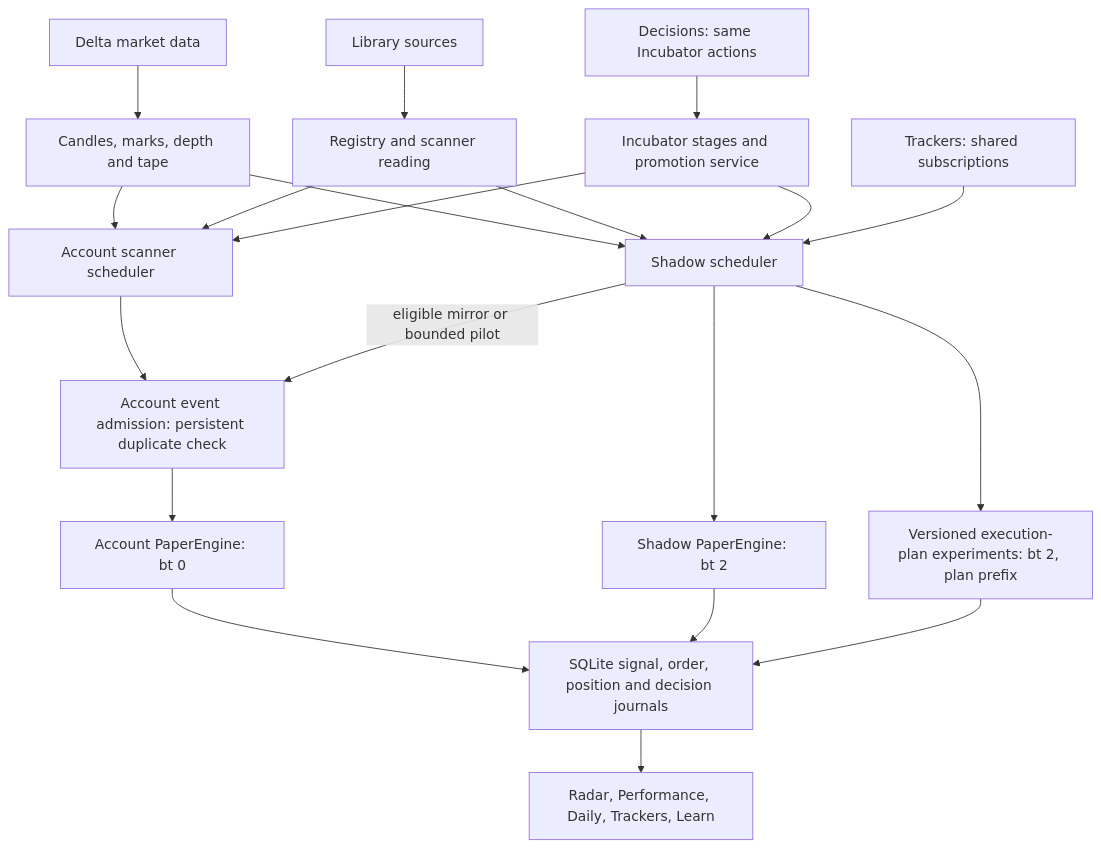
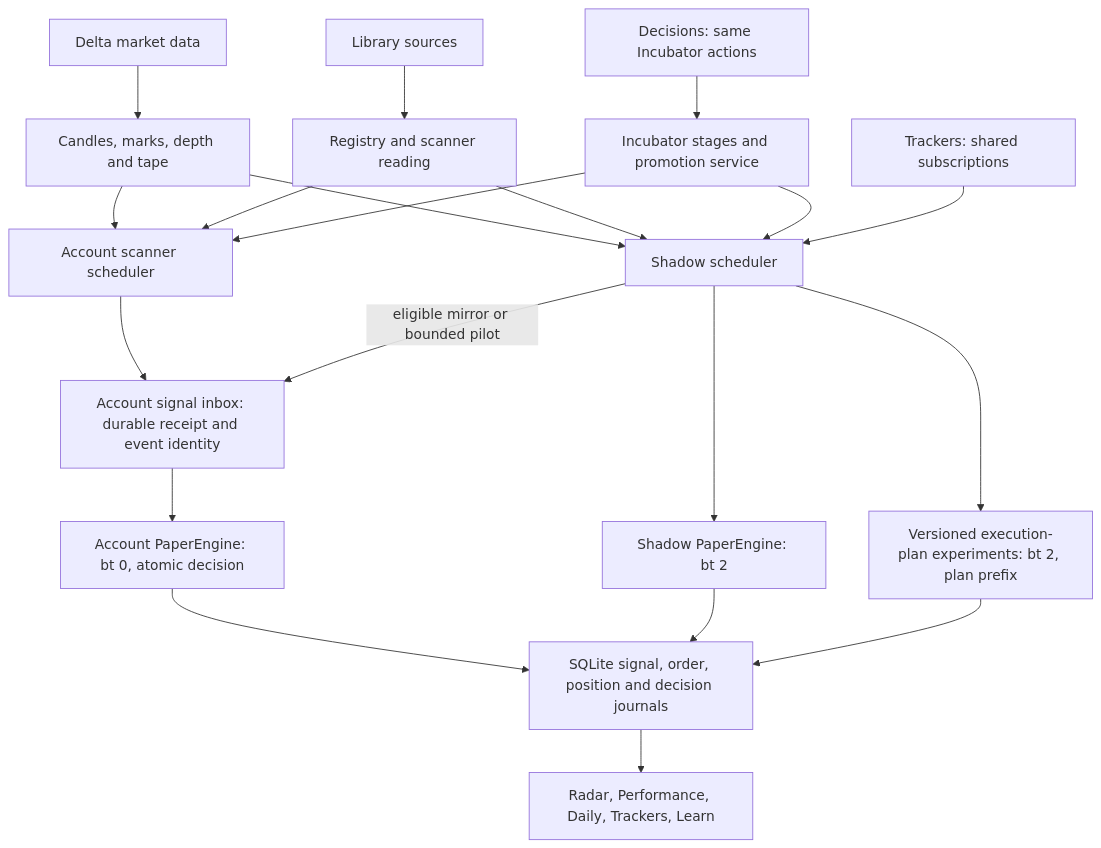
The diagram in docs/ARCHITECTURE.md (vikkl1990/vela_vnedge), drawn with Mermaid before and after one commit. The commit also changed other lines of this file and 13 other files, not shown here.

Commit message:
Persist account signal decisions and recover interrupted paper execution

````diff
--- a/docs/ARCHITECTURE.md
+++ b/docs/ARCHITECTURE.md
@@ -19,22 +19,22 @@
 ```mermaid
 flowchart TD
   L[Library sources] --> S[Registry and scanner reading]
   M[Delta market data] --> C[Candles, marks, depth and tape]
   C --> A[Account scanner scheduler]
   C --> H[Shadow scheduler]
   S --> A
   S --> H
   I[Incubator stages and promotion service] --> A
   I --> H
   T[Trackers: shared subscriptions] --> H
   D[Decisions: same Incubator actions] --> I
-  A --> E[Account event admission: persistent duplicate check]
+  A --> E[Account signal inbox: durable receipt and event identity]
   H -->|eligible mirror or bounded pilot| E
-  E --> P[Account PaperEngine: bt 0]
+  E --> P[Account PaperEngine: bt 0, atomic decision]
   H --> Q[Shadow PaperEngine: bt 2]
   H --> X[Versioned execution-plan experiments: bt 2, plan prefix]
   P --> J[SQLite signal, order, position and decision journals]
   Q --> J
   X --> J
   J --> V[Radar, Performance, Daily, Trackers, Learn]
 ```
````
